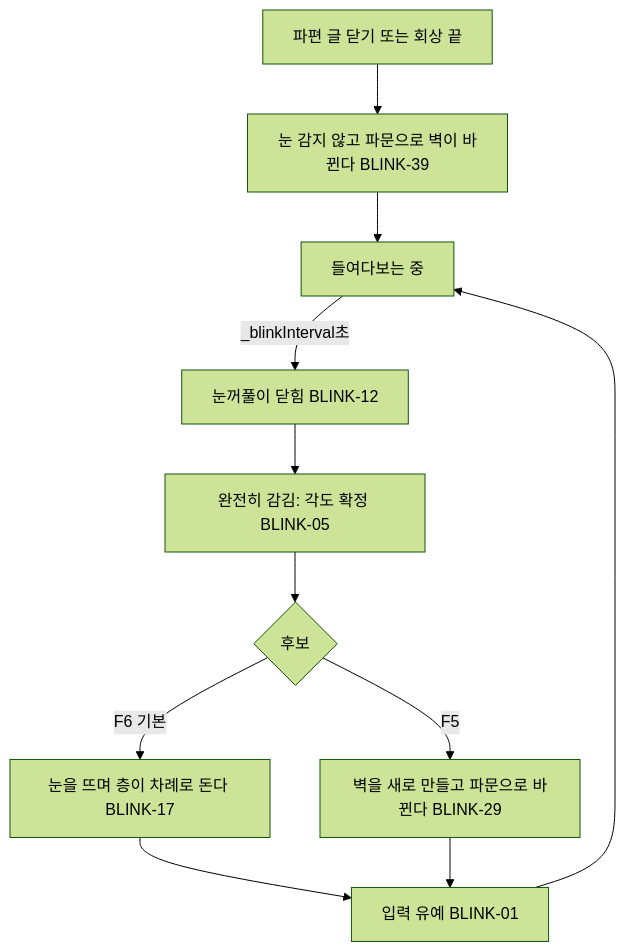
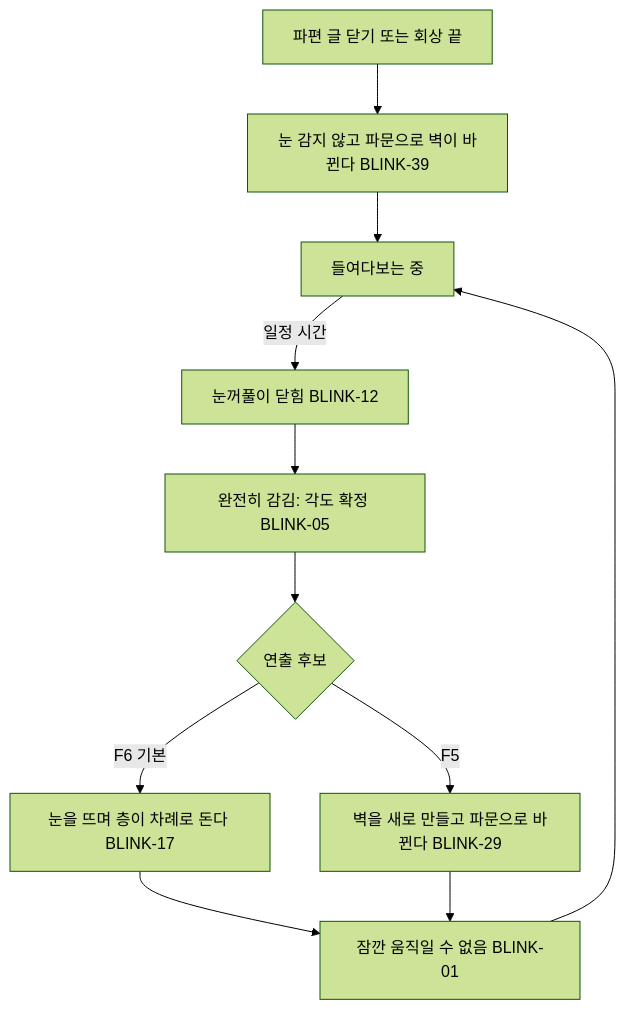
The diagram in docs/specs/blink-maze.md (xpaklove12-lang/Corner1), drawn with Mermaid (forest theme) before and after one commit. The commit also changed other lines of this file and 11 other files, not shown here.

````diff
--- a/docs/specs/blink-maze.md
+++ b/docs/specs/blink-maze.md
@@ -9,13 +9,13 @@
 ```mermaid
 flowchart TD
-    A[들여다보는 중] -->|_blinkInterval초| B[눈꺼풀이 닫힘 BLINK-12]
+    A[들여다보는 중] -->|일정 시간| B[눈꺼풀이 닫힘 BLINK-12]
     B --> C[완전히 감김: 각도 확정 BLINK-05]
-    C --> D{후보}
+    C --> D{연출 후보}
     D -->|F6 기본| E[눈을 뜨며 층이 차례로 돈다 BLINK-17]
     D -->|F5| F[벽을 새로 만들고 파문으로 바뀐다 BLINK-29]
-    E --> G[입력 유예 BLINK-01]
+    E --> G[잠깐 움직일 수 없음 BLINK-01]
     F --> G
     G --> A
     H[파편 글 닫기 또는 회상 끝] --> I[눈 감지 않고 파문으로 벽이 바뀐다 BLINK-39]
     I --> A
 ```
````
